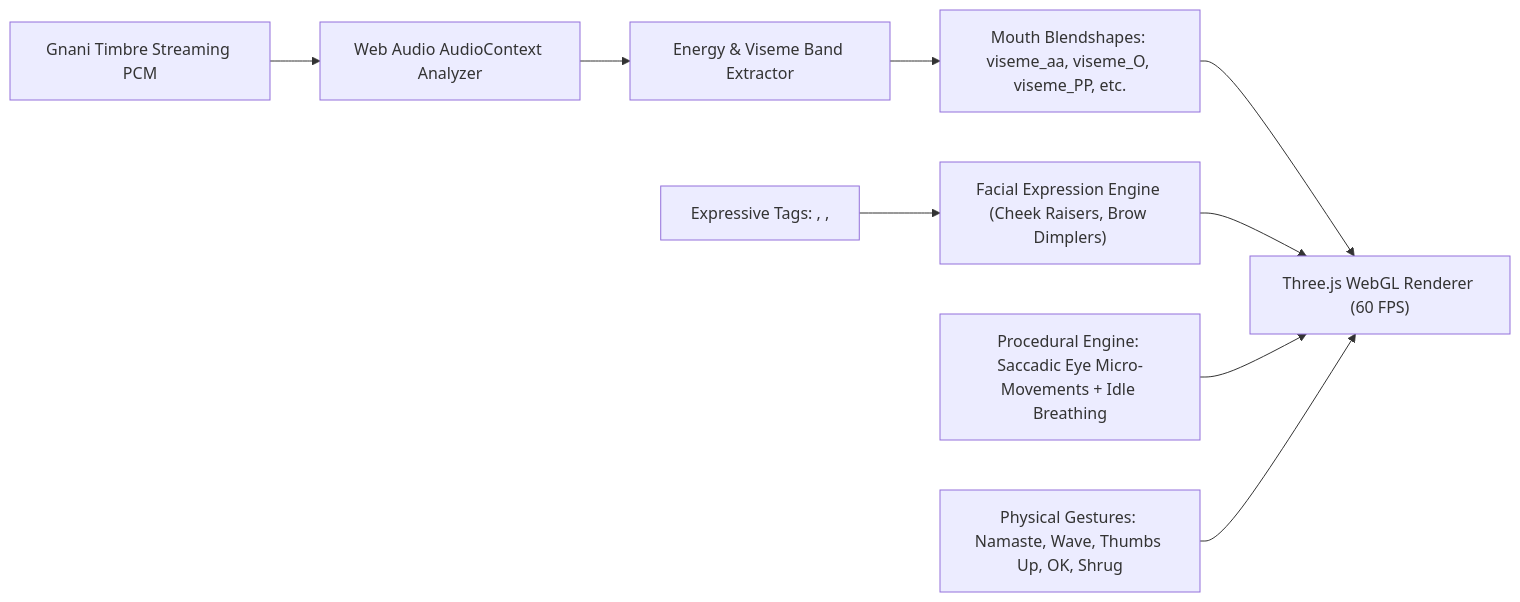
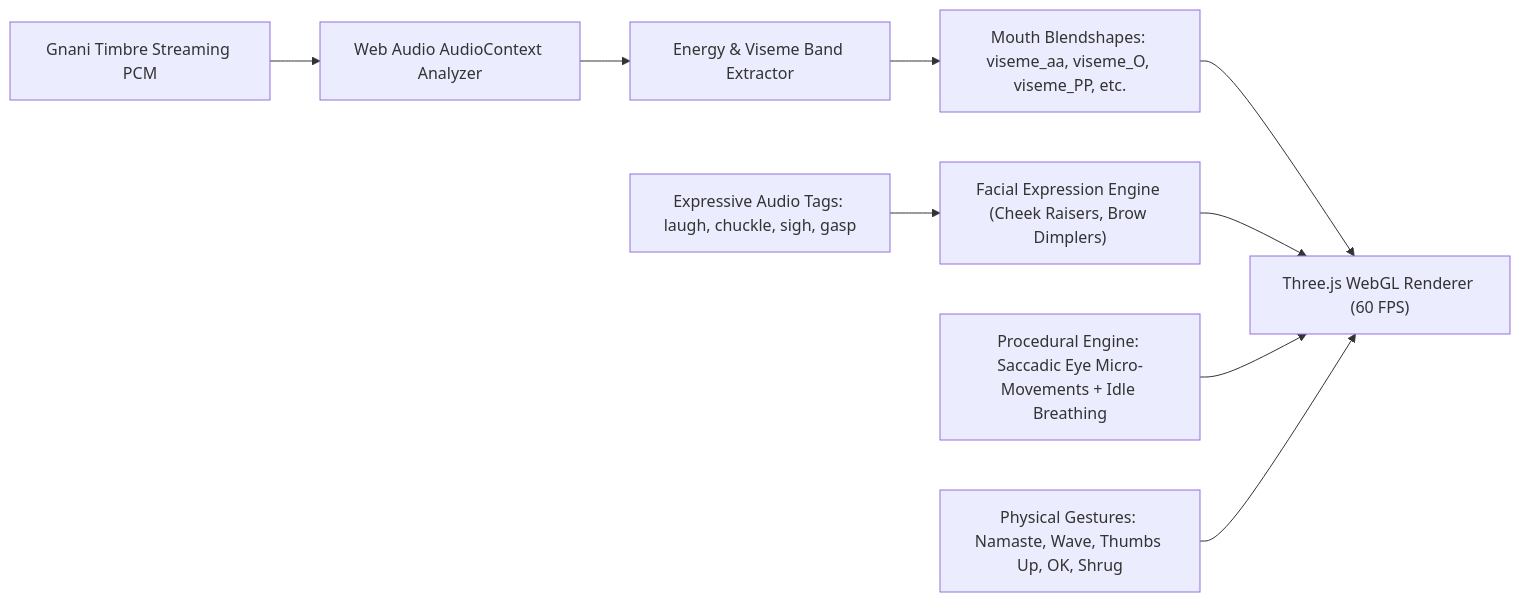
Before and after one commit to Aarush-bigO/gnani-vachana-3d: the fifth of 5 diagrams in README.md, drawn with Mermaid. The commit also changed other lines of this file, not shown here.

Commit message:
fix(docs): fix Mermaid edge label syntax, remove Drive link and awards section

````diff
--- a/README.md
+++ b/README.md
@@ -219,14 +206,14 @@
 ```mermaid
 flowchart LR
     AUDIO["Gnani Timbre Streaming PCM"] --> ANALYZER["Web Audio AudioContext Analyzer"]
     ANALYZER --> RMS["Energy & Viseme Band Extractor"]
     
     RMS --> MOUTH["Mouth Blendshapes: viseme_aa, viseme_O, viseme_PP, etc."]
     MOUTH --> THREE["Three.js WebGL Renderer (60 FPS)"]
 
-    TAGS["Expressive Tags: <laugh>, <chuckle>, <sigh>"] --> MOOD["Facial Expression Engine (Cheek Raisers, Brow Dimplers)"]
+    TAGS["Expressive Audio Tags: laugh, chuckle, sigh, gasp"] --> MOOD["Facial Expression Engine (Cheek Raisers, Brow Dimplers)"]
     MOOD --> THREE
 
     PROCEDURAL["Procedural Engine: Saccadic Eye Micro-Movements + Idle Breathing"] --> THREE
     GESTURES["Physical Gestures: Namaste, Wave, Thumbs Up, OK, Shrug"] --> THREE
 ```
````
